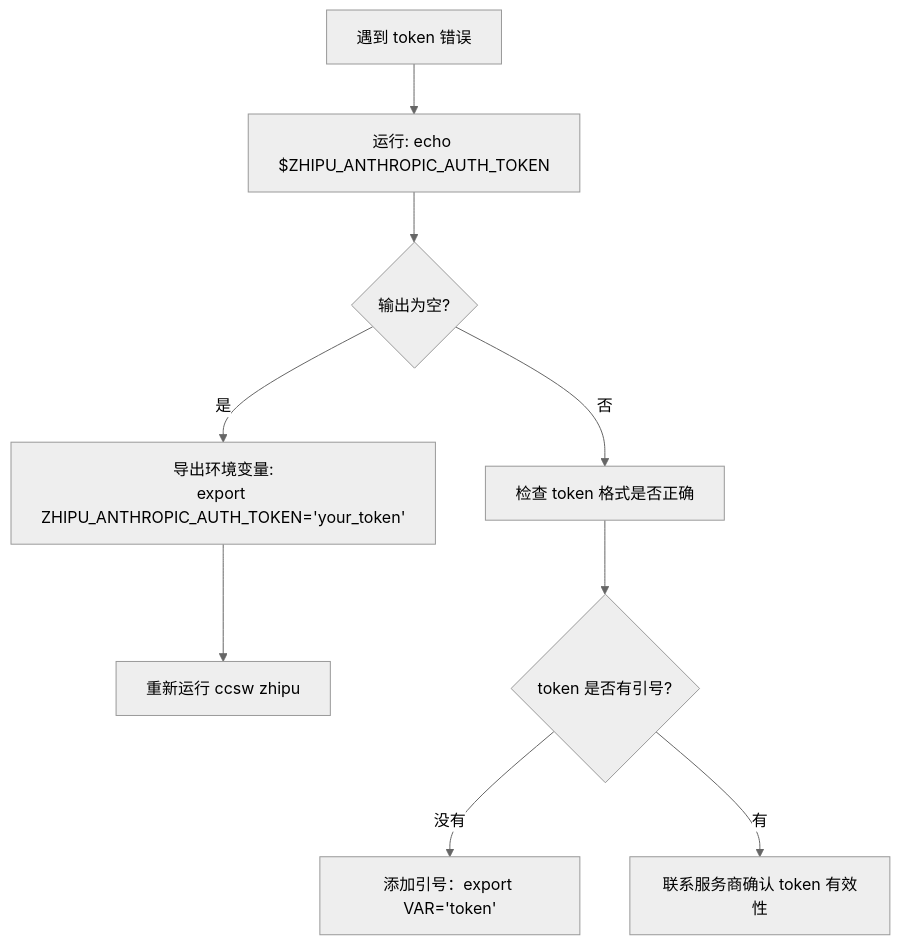
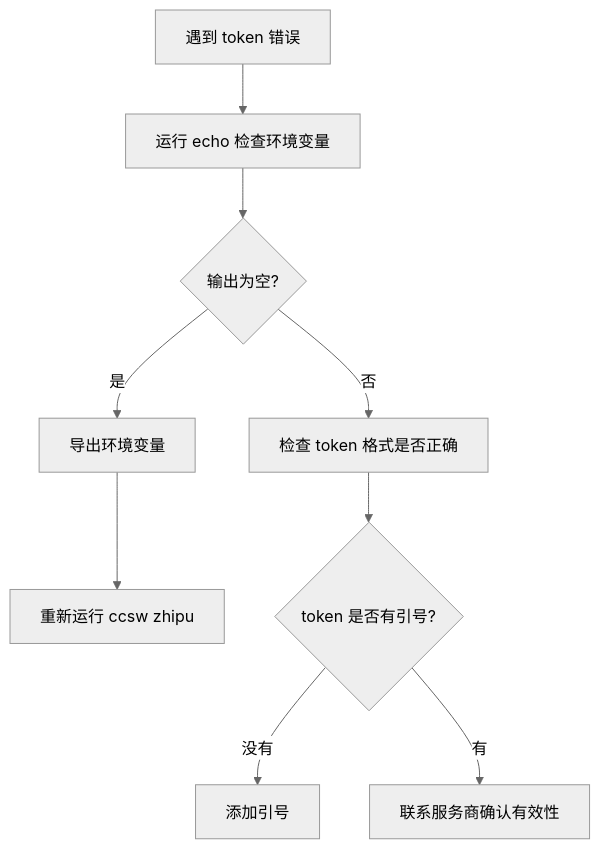
The second of 4 diagrams in README.md (Boulea7/ccsw), drawn with Mermaid (neutral theme) before and after one commit. The commit also changed other lines of this file and 1 other file, not shown here.

First line of the commit message:
fix: resolve mermaid diagram rendering issues and enhance documentation

````diff
--- a/README.md
+++ b/README.md
@@ -244,11 +276,11 @@
 ```mermaid
 graph TD
-    A[遇到 token 错误] --> B[运行: echo $ZHIPU_ANTHROPIC_AUTH_TOKEN]
+    A[遇到 token 错误] --> B[运行 echo 检查环境变量]
     B --> C{输出为空?}
-    C -->|是| D[导出环境变量:<br/>export ZHIPU_ANTHROPIC_AUTH_TOKEN='your_token']
+    C -->|是| D[导出环境变量]
     C -->|否| E[检查 token 格式是否正确]
     D --> F[重新运行 ccsw zhipu]
     E --> G{token 是否有引号?}
-    G -->|没有| H[添加引号：export VAR='token']
-    G -->|有| I[联系服务商确认 token 有效性]
+    G -->|没有| H[添加引号]
+    G -->|有| I[联系服务商确认有效性]
 ```
````
